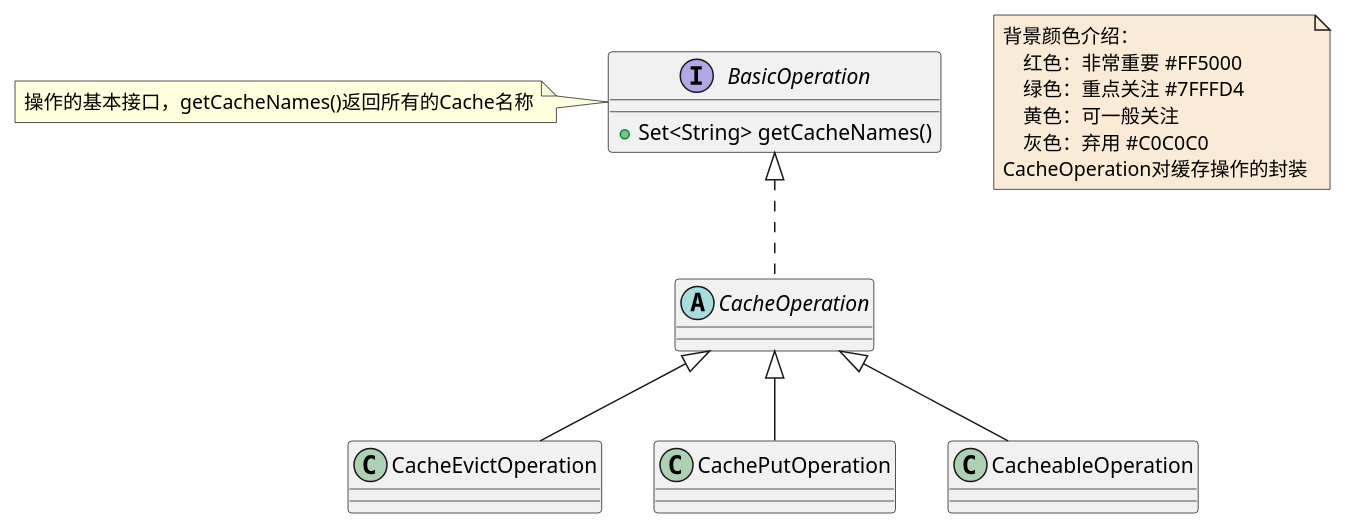
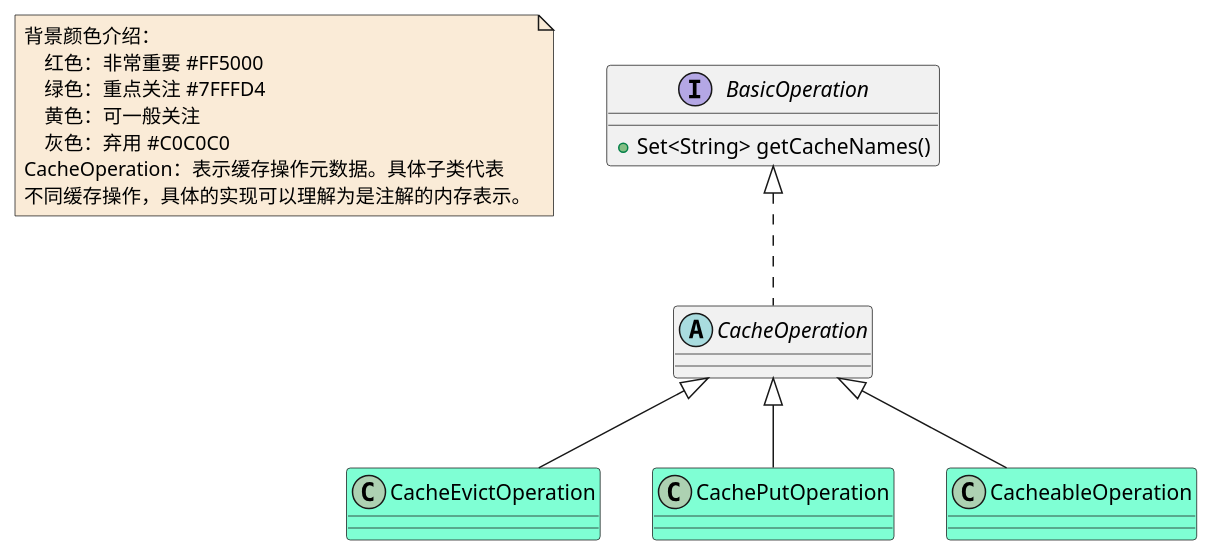
Before and after one commit to czwer/learn-spring-code: the diagram in document/spring/data/class/Cache-CacheOperation-class.puml, drawn with PlantUML. The commit also changed 14 other files, not shown here.

Commit message:
修改缓存类图，时序图

```diff
--- a/document/spring/data/class/Cache-CacheOperation-class.puml
+++ b/document/spring/data/class/Cache-CacheOperation-class.puml
@@ -1,35 +1,35 @@
 @startuml
 
 note  as N1 #FAEBD7
     背景颜色介绍：
         红色：非常重要 #FF5000
         绿色：重点关注 #7FFFD4
         黄色：可一般关注
         灰色：弃用 #C0C0C0
-    CacheOperation对缓存操作的封装
+    CacheOperation：表示缓存操作元数据。具体子类代表
+    不同缓存操作，具体的实现可以理解为是注解的内存表示。
 end note
 
 
 abstract class CacheOperation
 interface BasicOperation
 BasicOperation : +Set<String> getCacheNames()
-note left : 操作的基本接口，getCacheNames()返回所有的Cache名称
-class CacheEvictOperation
-class CachePutOperation
-class CacheableOperation
+class CacheEvictOperation #7FFFD4
+class CachePutOperation #7FFFD4
+class CacheableOperation #7FFFD4
 
 
 
 BasicOperation <|.. CacheOperation
 
 
 CacheOperation <|-- CacheEvictOperation
 CacheOperation <|-- CachePutOperation
 CacheOperation <|-- CacheableOperation
 
 
 
 
 
 
 @enduml
```
